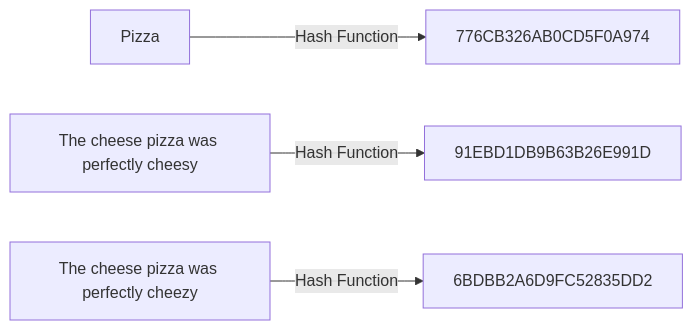
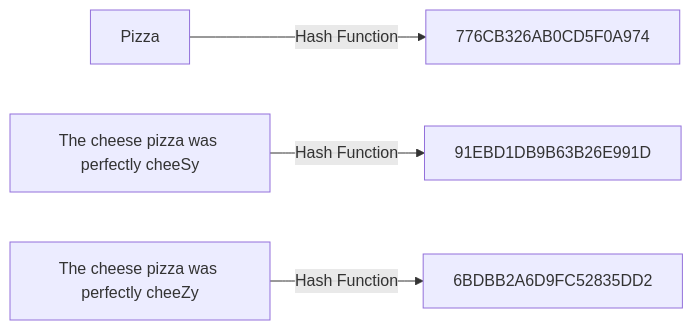
The diagram in README.md (anieldev/demonet), drawn with Mermaid before and after one commit.

````diff
--- a/README.md
+++ b/README.md
@@ -7,6 +7,6 @@
 ```mermaid
 graph LR
 A[Pizza] -- Hash Function --> B[776CB326AB0CD5F0A974]
-E[The cheese pizza was perfectly cheesy ] -- Hash Function --> F[91EBD1DB9B63B26E991D]
-C[The cheese pizza was perfectly cheezy ] -- Hash Function --> D[6BDBB2A6D9FC52835DD2]
+E[The cheese pizza was perfectly cheeSy ] -- Hash Function --> F[91EBD1DB9B63B26E991D]
+C[The cheese pizza was perfectly cheeZy ] -- Hash Function --> D[6BDBB2A6D9FC52835DD2]
 ```
````
